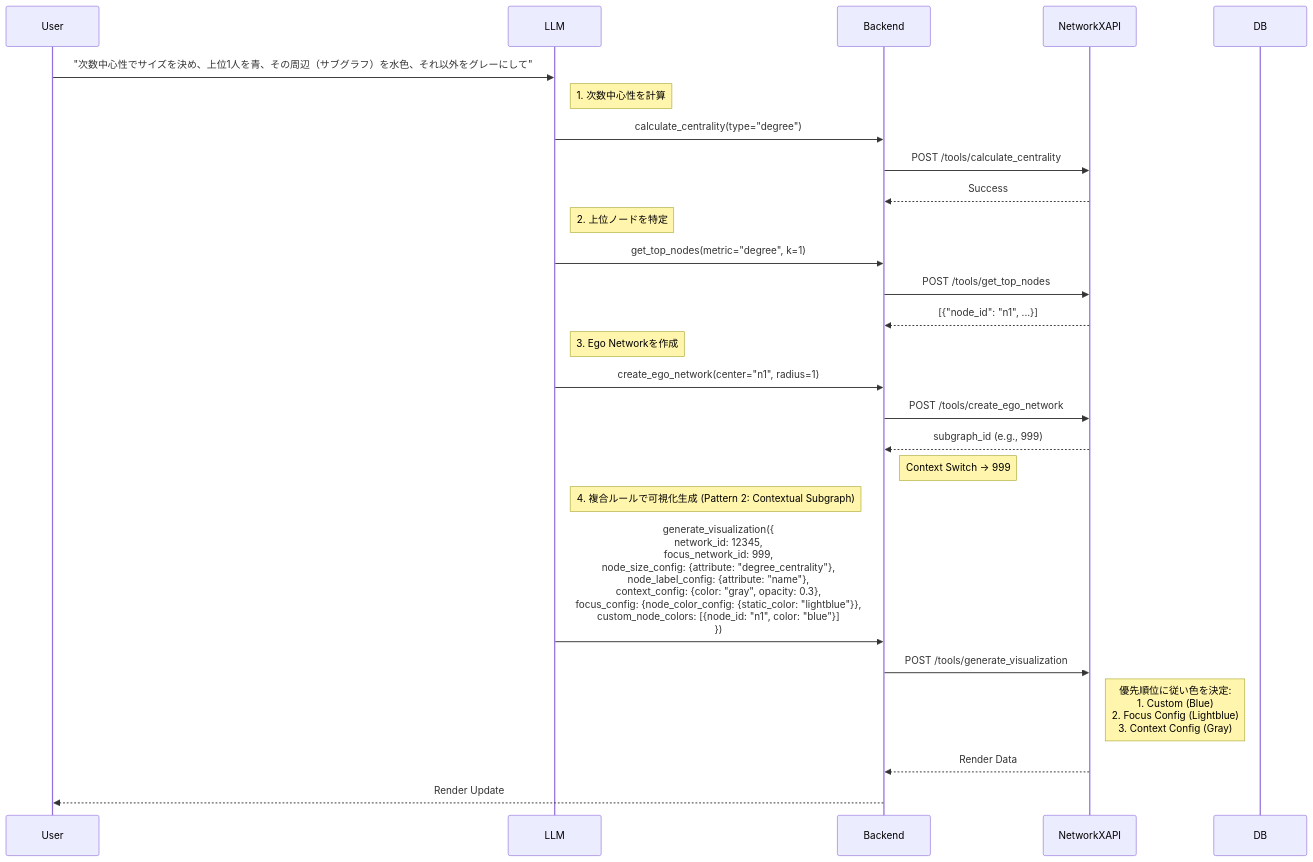
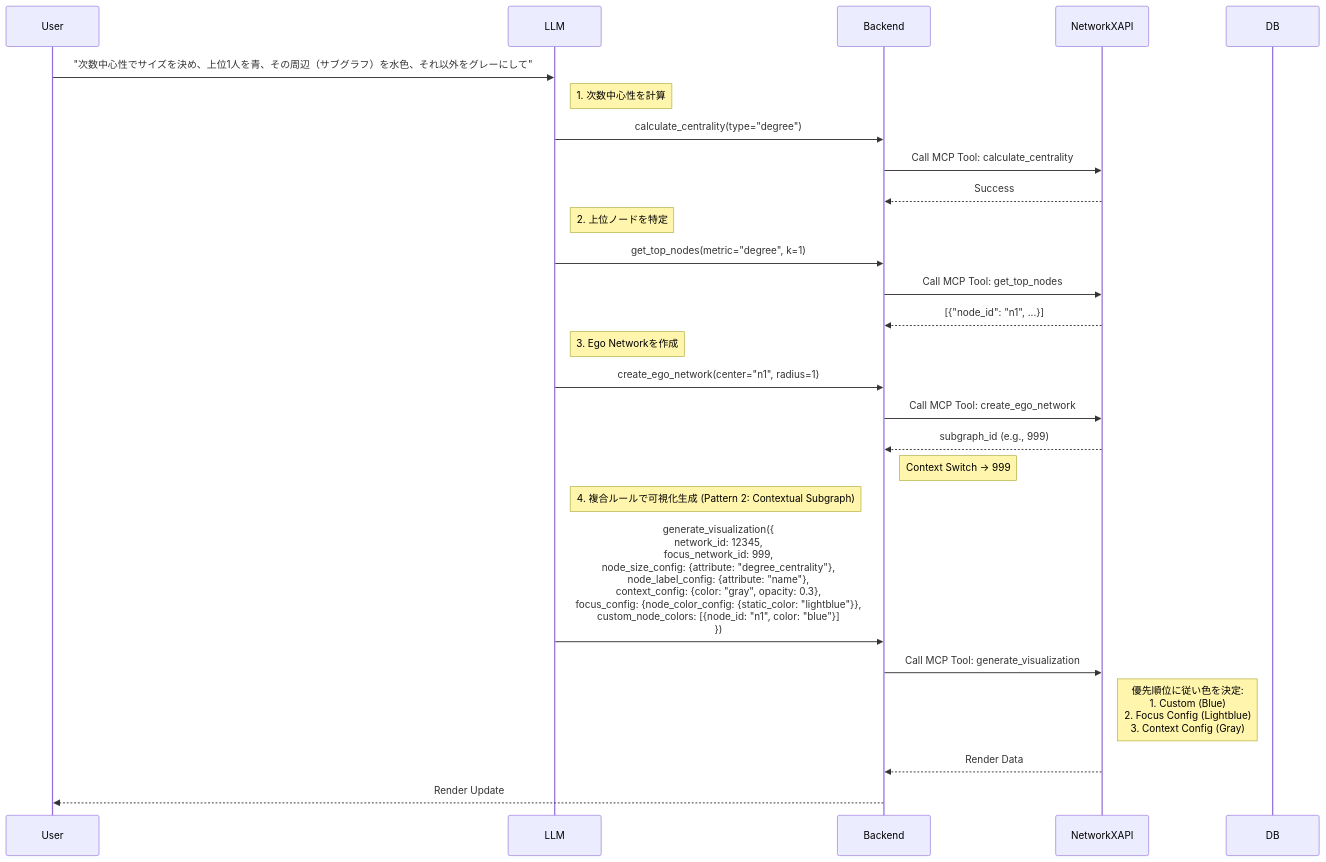
The seventh of 9 diagrams in specification/2_Technical_Details/6_Core_Workflows.md (vdslab/LLMGraphvis), drawn with Mermaid before and after one commit. The commit also changed other lines of this file and 19 other files, not shown here.

Commit message:
refactor: Reimplement LLM tool and network service communication using a new MCP client/server with SSE, removing old tool implementations.

````diff
--- a/specification/2_Technical_Details/6_Core_Workflows.md
+++ b/specification/2_Technical_Details/6_Core_Workflows.md
@@ -308,34 +308,34 @@
 ```mermaid
 sequenceDiagram
     participant User
     participant LLM
     participant Backend
     participant NetworkXAPI
     participant DB
 
     User->>LLM: "次数中心性でサイズを決め、上位1人を青、その周辺（サブグラフ）を水色、それ以外をグレーにして"
     
     note right of LLM: 1. 次数中心性を計算
     LLM->>Backend: calculate_centrality(type="degree")
-    Backend->>NetworkXAPI: POST /tools/calculate_centrality
+    Backend->>NetworkXAPI: Call MCP Tool: calculate_centrality
     NetworkXAPI-->>Backend: Success
     
     note right of LLM: 2. 上位ノードを特定
     LLM->>Backend: get_top_nodes(metric="degree", k=1)
-    Backend->>NetworkXAPI: POST /tools/get_top_nodes
+    Backend->>NetworkXAPI: Call MCP Tool: get_top_nodes
     NetworkXAPI-->>Backend: [{"node_id": "n1", ...}]
     
     note right of LLM: 3. Ego Networkを作成
     LLM->>Backend: create_ego_network(center="n1", radius=1)
-    Backend->>NetworkXAPI: POST /tools/create_ego_network
+    Backend->>NetworkXAPI: Call MCP Tool: create_ego_network
     NetworkXAPI-->>Backend: subgraph_id (e.g., 999)
     note right of Backend: Context Switch -> 999
 
     note right of LLM: 4. 複合ルールで可視化生成 (Pattern 2: Contextual Subgraph)
     LLM->>Backend: generate_visualization({<br/>  network_id: 12345,<br/>  focus_network_id: 999,<br/>  node_size_config: {attribute: "degree_centrality"},<br/>  node_label_config: {attribute: "name"},<br/>  context_config: {color: "gray", opacity: 0.3},<br/>  focus_config: {node_color_config: {static_color: "lightblue"}},<br/>  custom_node_colors: [{node_id: "n1", color: "blue"}]<br/>})
-    Backend->>NetworkXAPI: POST /tools/generate_visualization
+    Backend->>NetworkXAPI: Call MCP Tool: generate_visualization
     
     note right of NetworkXAPI: 優先順位に従い色を決定:<br/>1. Custom (Blue)<br/>2. Focus Config (Lightblue)<br/>3. Context Config (Gray)
     NetworkXAPI-->>Backend: Render Data
     Backend-->>User: Render Update
 ```
````
